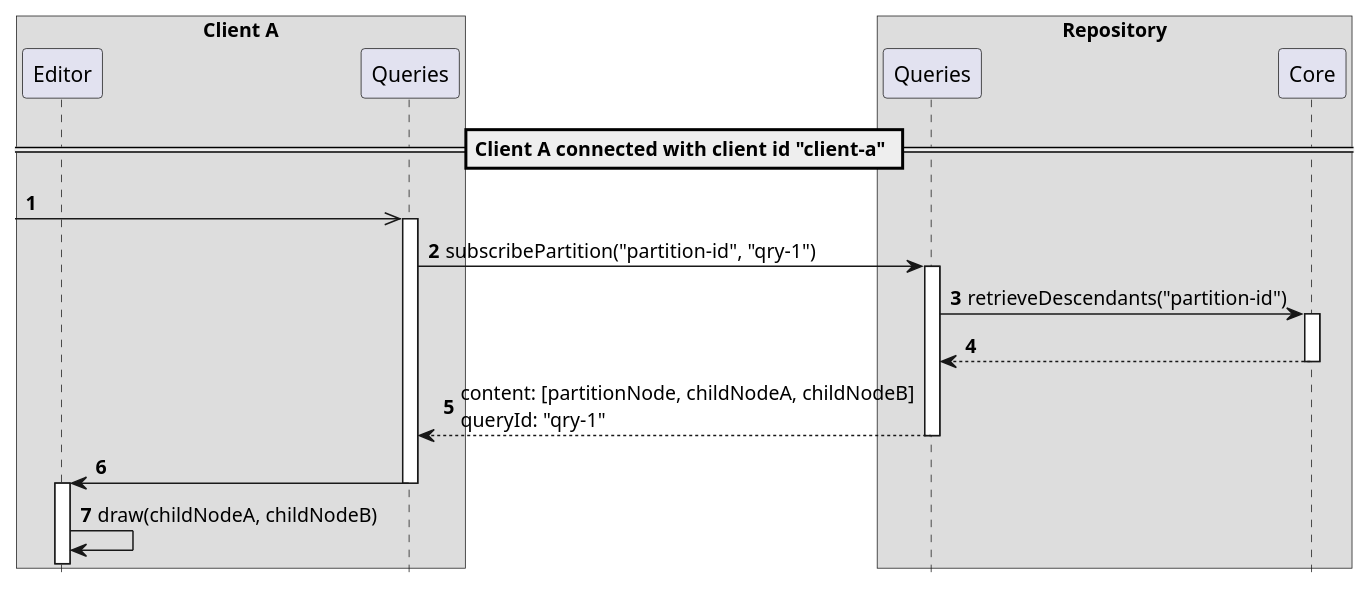
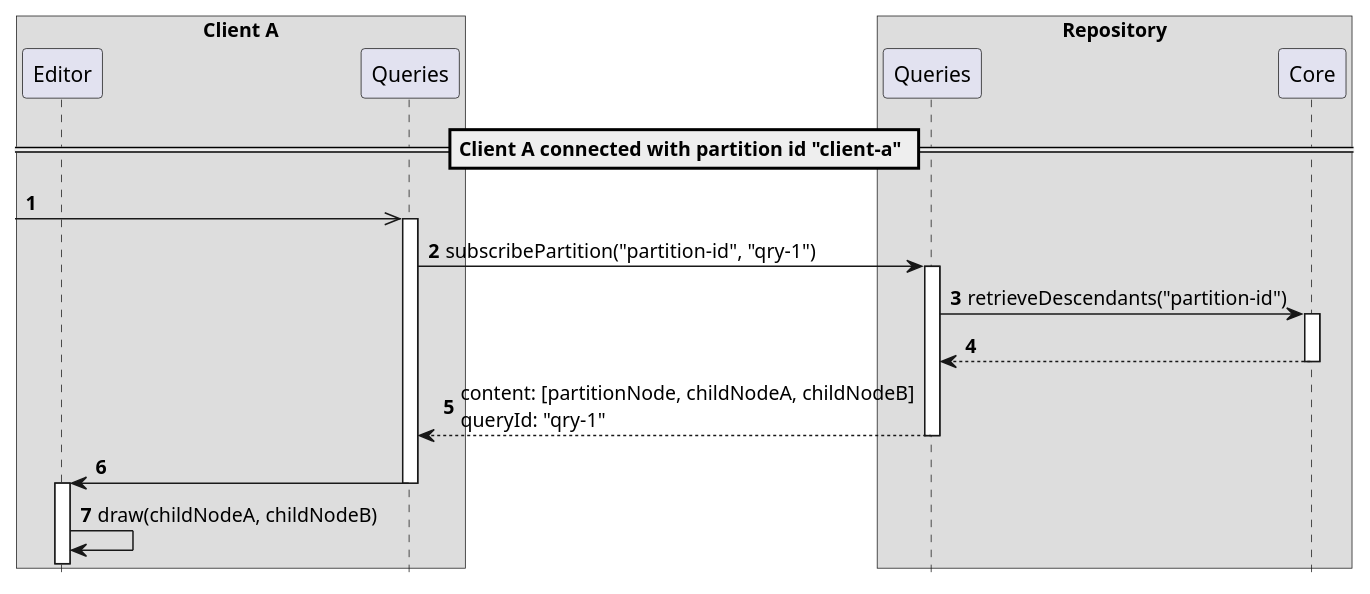
Before and after one commit to LionWeb-io/specification: the diagram in delta/scenarios/reconnectKnownPartition.adoc, drawn with PlantUML. The commit also changed 20 other files, not shown here.

```diff
--- a/delta/scenarios/reconnectKnownPartition.adoc
+++ b/delta/scenarios/reconnectKnownPartition.adoc
@@ -2,28 +2,28 @@
 [plantuml,reconnectKnownPartition,svg]
 ----
 hide footbox
 autonumber
 
 box "Client A"
   participant Editor as editor
   participant Queries as clientQuery
 end box
 
 box "Repository"
   participant Queries  as repoQuery
   participant Core as core
 end box
 
-== Client A connected with client id "client-a" ==
+== Client A connected with partition id "client-a" ==
 
 [->> clientQuery
 activate clientQuery
 clientQuery -> repoQuery ++: subscribePartition("partition-id", "qry-1")
   repoQuery -> core ++: retrieveDescendants("partition-id")
   return
 return content: [partitionNode, childNodeA, childNodeB]\nqueryId: "qry-1"
 clientQuery -> editor
 deactivate clientQuery
 activate editor
 editor -> editor: draw(childNodeA, childNodeB)
 ----
```
